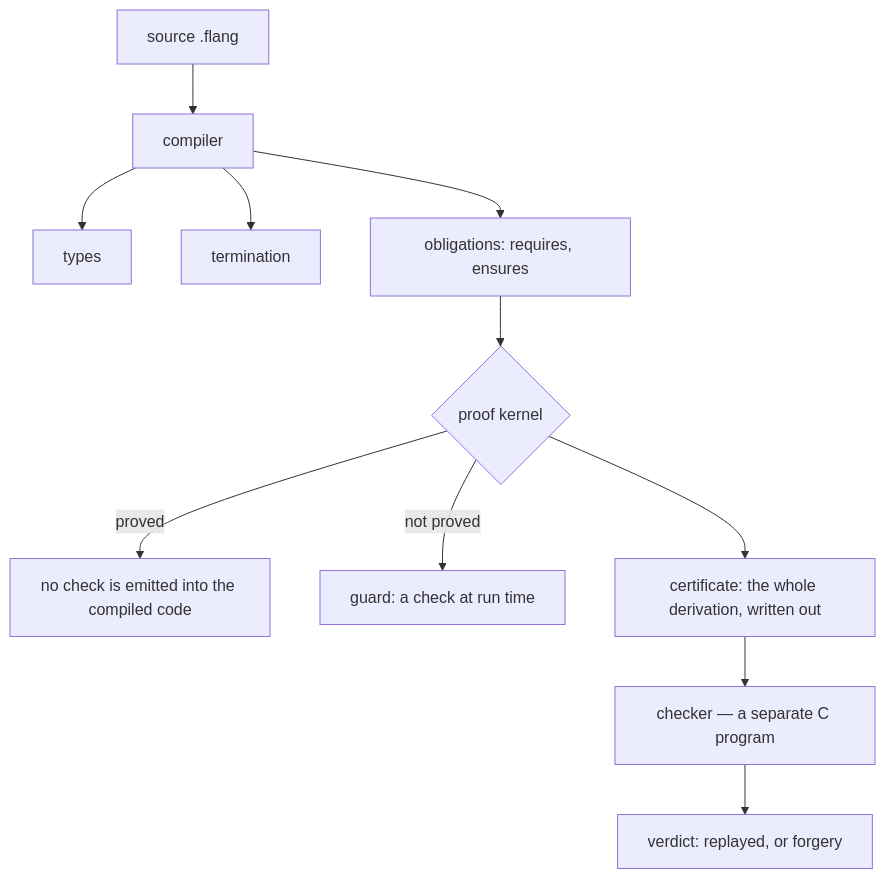
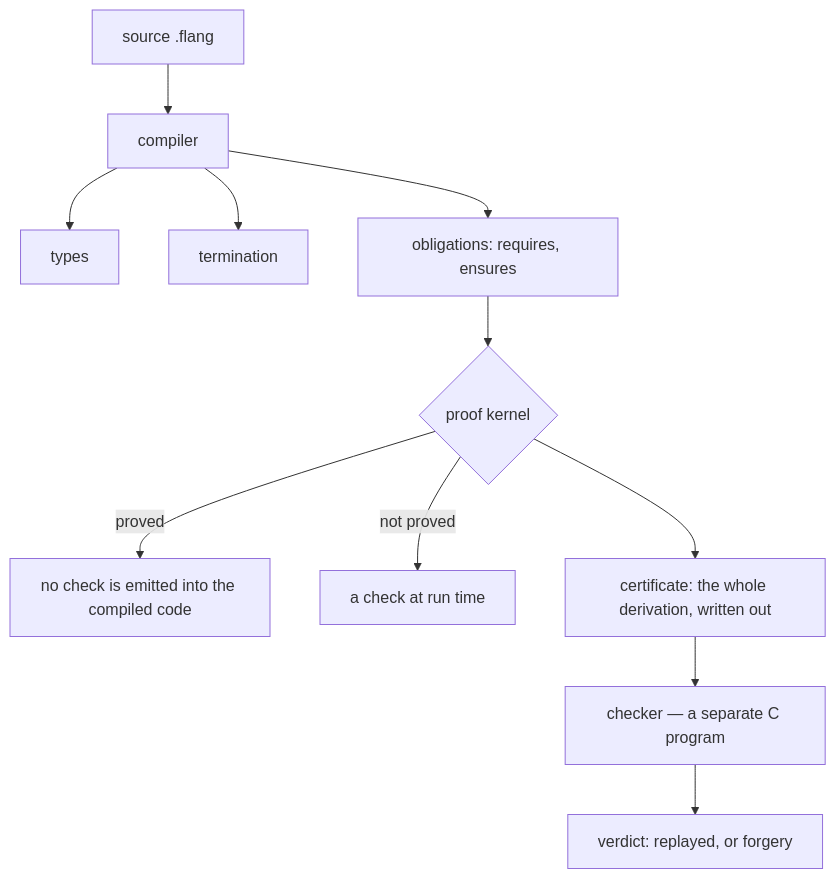
Before and after one commit to digitable-lol/flang: the diagram in docs/site/how-proofs-work.md, drawn with Mermaid. The commit also changed other lines of this file and 2 other files, not shown here.

````diff
--- a/docs/site/how-proofs-work.md
+++ b/docs/site/how-proofs-work.md
@@ -18,16 +18,16 @@
 ```mermaid From source to verdict
 flowchart TD
   A[source .flang] --> B[compiler]
   B --> C[types]
   B --> D[termination]
   B --> E[obligations: requires, ensures]
   E --> F{proof kernel}
   F -->|proved| G[no check is emitted into the compiled code]
-  F -->|not proved| H[guard: a check at run time]
+  F -->|not proved| H[a check at run time]
   F --> I[certificate: the whole derivation, written out]
   I --> J[checker — a separate C program]
   J --> K[verdict: replayed, or forgery]
   class F glavnoe
   class G vyvod
   class H otkaz
 ```
````
